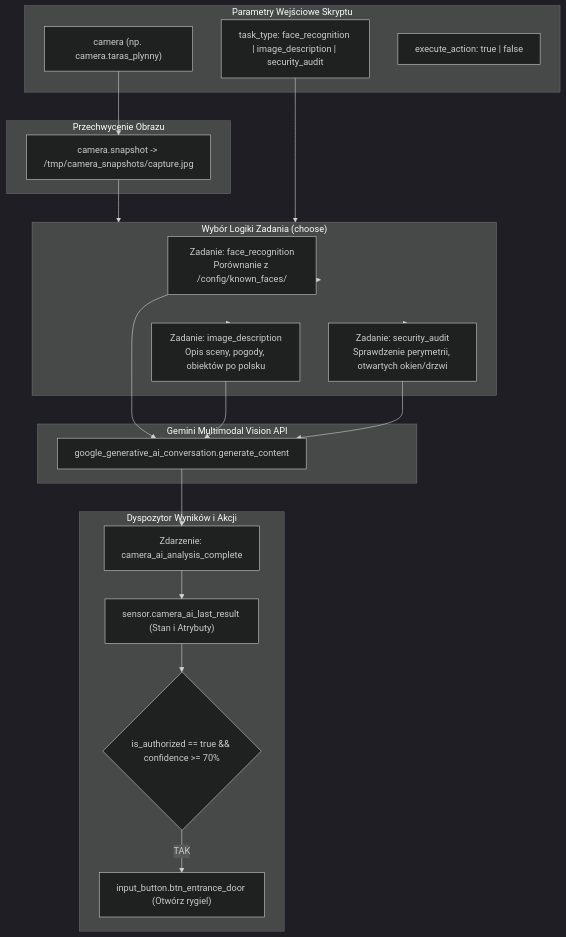
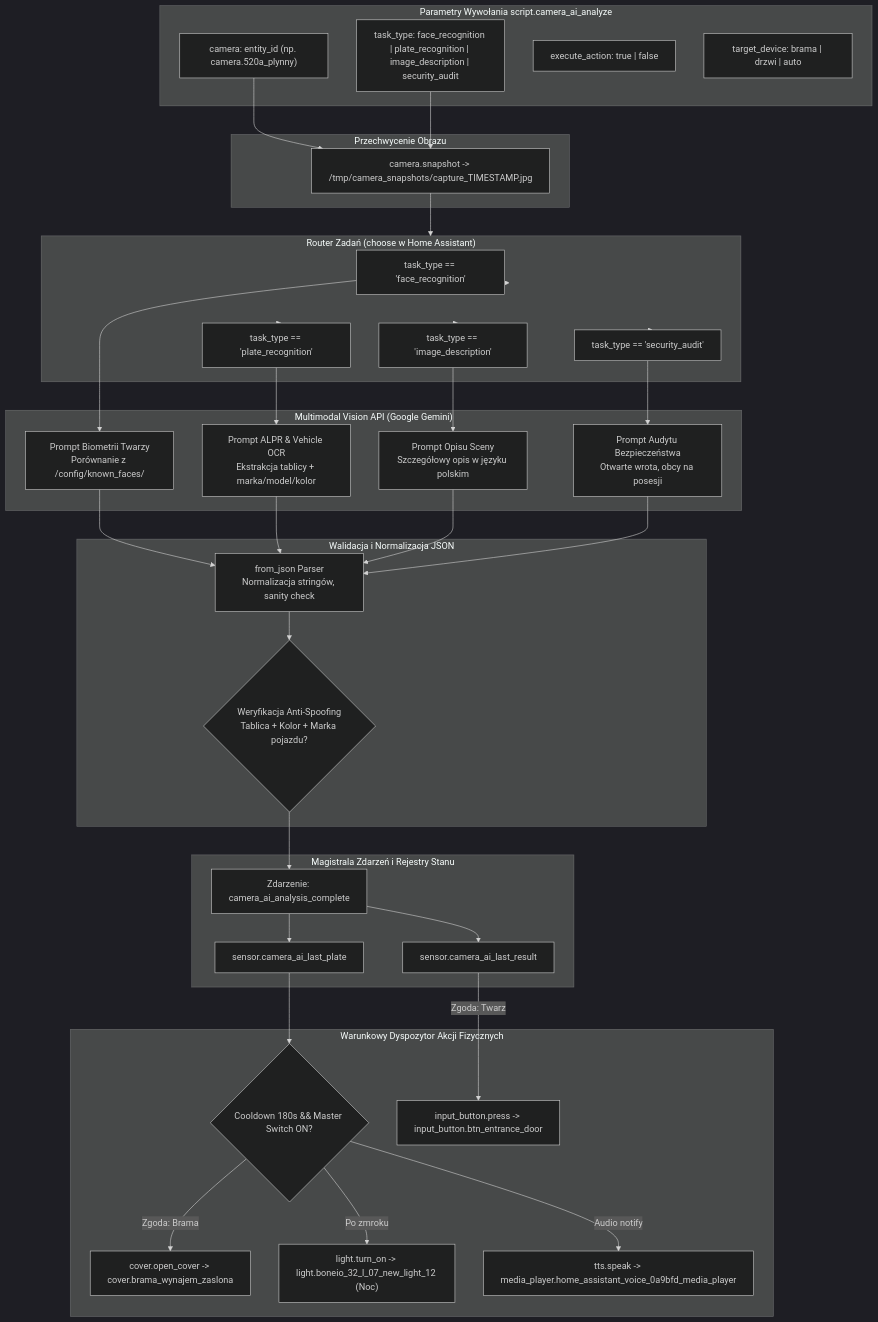
The first of 2 diagrams in CAMERA_AI_FACE_RECOGNITION_PROPOSAL.md (wiktrz/homeassistant), drawn with Mermaid (dark theme) before and after one commit. The commit also changed other lines of this file and 4 other files, not shown here.

Commit message:
AI camera recognition feature update

````diff
--- a/CAMERA_AI_FACE_RECOGNITION_PROPOSAL.md
+++ b/CAMERA_AI_FACE_RECOGNITION_PROPOSAL.md
@@ -41,43 +68,65 @@
 ```mermaid
 flowchart TD
-    subgraph Wejscie ["Parametry Wejściowe Skryptu"]
-        CamParam["camera (np. camera.taras_plynny)"]
-        TaskParam["task_type: face_recognition | image_description | security_audit"]
-        ActionParam["execute_action: true | false"]
+    subgraph Wejscie ["Parametry Wywołania script.camera_ai_analyze"]
+        P_Cam["camera: entity_id (np. camera.520a_plynny)"]
+        P_Task["task_type: face_recognition | plate_recognition | image_description | security_audit"]
+        P_Action["execute_action: true | false"]
+        P_Target["target_device: brama | drzwi | auto"]
     end
 
-    subgraph Snapshot ["Przechwycenie Obrazu"]
-        CamSnap["camera.snapshot -> /tmp/camera_snapshots/capture.jpg"]
+    subgraph Przechwycenie ["Przechwycenie Obrazu"]
+        Snap["camera.snapshot -> /tmp/camera_snapshots/capture_TIMESTAMP.jpg"]
     end
 
-    subgraph Router ["Wybór Logiki Zadania (choose)"]
-        TaskFace["Zadanie: face_recognition\nPorównanie z /config/known_faces/"]
-        TaskDesc["Zadanie: image_description\nOpis sceny, pogody, obiektów po polsku"]
-        TaskSec["Zadanie: security_audit\nSprawdzenie perymetrii, otwartych okien/drzwi"]
+    subgraph Router ["Router Zadań (choose w Home Assistant)"]
+        R_Face["task_type == 'face_recognition'"]
+        R_Plate["task_type == 'plate_recognition'"]
+        R_Desc["task_type == 'image_description'"]
+        R_Audit["task_type == 'security_audit'"]
     end
 
-    subgraph AI ["Gemini Multimodal Vision API"]
-        ModelExec["google_generative_ai_conversation.generate_content"]
+    subgraph LLM ["Multimodal Vision API (Google Gemini)"]
+        GeminiFace["Prompt Biometrii Twarzy\nPorównanie z /config/known_faces/"]
+        GeminiPlate["Prompt ALPR & Vehicle OCR\nEkstrakcja tablicy + marka/model/kolor"]
+        GeminiDesc["Prompt Opisu Sceny\nSzczegółowy opis w języku polskim"]
+        GeminiAudit["Prompt Audytu Bezpieczeństwa\nOtwarte wrota, obcy na posesji"]
     end
 
-    subgraph Wyjscie ["Dyspozytor Wyników i Akcji"]
-        EventBus["Zdarzenie: camera_ai_analysis_complete"]
-        SensorState["sensor.camera_ai_last_result (Stan i Atrybuty)"]
-        DecisionAuth{"is_authorized == true && confidence >= 70%"}
-        UnlockDoor["input_button.btn_entrance_door (Otwórz rygiel)"]
+    subgraph Parser ["Walidacja i Normalizacja JSON"]
+        JsonParse["from_json Parser\nNormalizacja stringów, sanity check"]
+        SpoofCheck{"Weryfikacja Anti-Spoofing\nTablica + Kolor + Marka pojazdu?"}
     end
 
-    CamParam --> CamSnap
-    CamSnap --> Router
-    TaskParam --> Router
-    Router --> TaskFace
-    Router --> TaskDesc
-    Router --> TaskSec
-    TaskFace --> ModelExec
-    TaskDesc --> ModelExec
-    TaskSec --> ModelExec
-    ModelExec --> EventBus
-    EventBus --> SensorState
-    SensorState --> DecisionAuth
-    DecisionAuth -->|TAK| UnlockDoor
+    subgraph Magistrala ["Magistrala Zdarzeń i Rejestry Stanu"]
+        EventOut["Zdarzenie: camera_ai_analysis_complete"]
+        SensorPlate["sensor.camera_ai_last_plate"]
+        SensorResult["sensor.camera_ai_last_result"]
+    end
+
+    subgraph Wykonanie ["Warunkowy Dyspozytor Akcji Fizycznych"]
+        DebounceCheck{"Cooldown 180s && Master Switch ON?"}
+        ActGate["cover.open_cover -> cover.brama_wynajem_zaslona"]
+        ActLight["light.turn_on -> light.boneio_32_l_07_new_light_12 (Noc)"]
+        ActVoice["tts.speak -> media_player.home_assistant_voice_0a9bfd_media_player"]
+        ActDoor["input_button.press -> input_button.btn_entrance_door"]
+    end
+
+    P_Cam --> Snap
+    P_Task --> Snap
+    Snap --> Router
+    Router --> R_Face --> GeminiFace --> JsonParse
+    Router --> R_Plate --> GeminiPlate --> JsonParse
+    Router --> R_Desc --> GeminiDesc --> JsonParse
+    Router --> R_Audit --> GeminiAudit --> JsonParse
+
+    JsonParse --> SpoofCheck
+    SpoofCheck --> EventOut
+    EventOut --> SensorPlate
+    EventOut --> SensorResult
+
+    SensorPlate --> DebounceCheck
+    DebounceCheck -->|Zgoda: Brama| ActGate
+    DebounceCheck -->|Po zmroku| ActLight
+    DebounceCheck -->|Audio notify| ActVoice
+    SensorResult -->|Zgoda: Twarz| ActDoor
 ```
````
